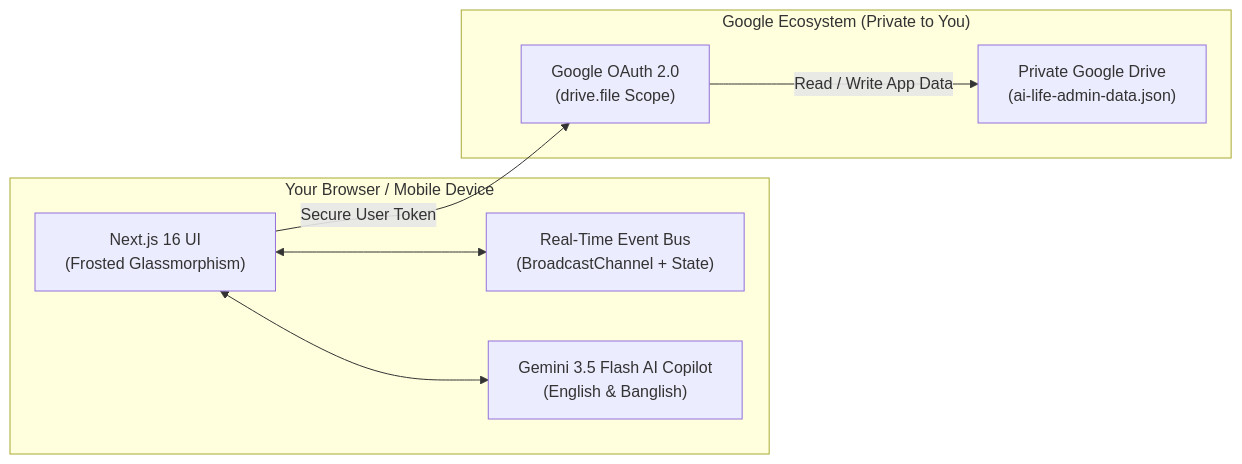
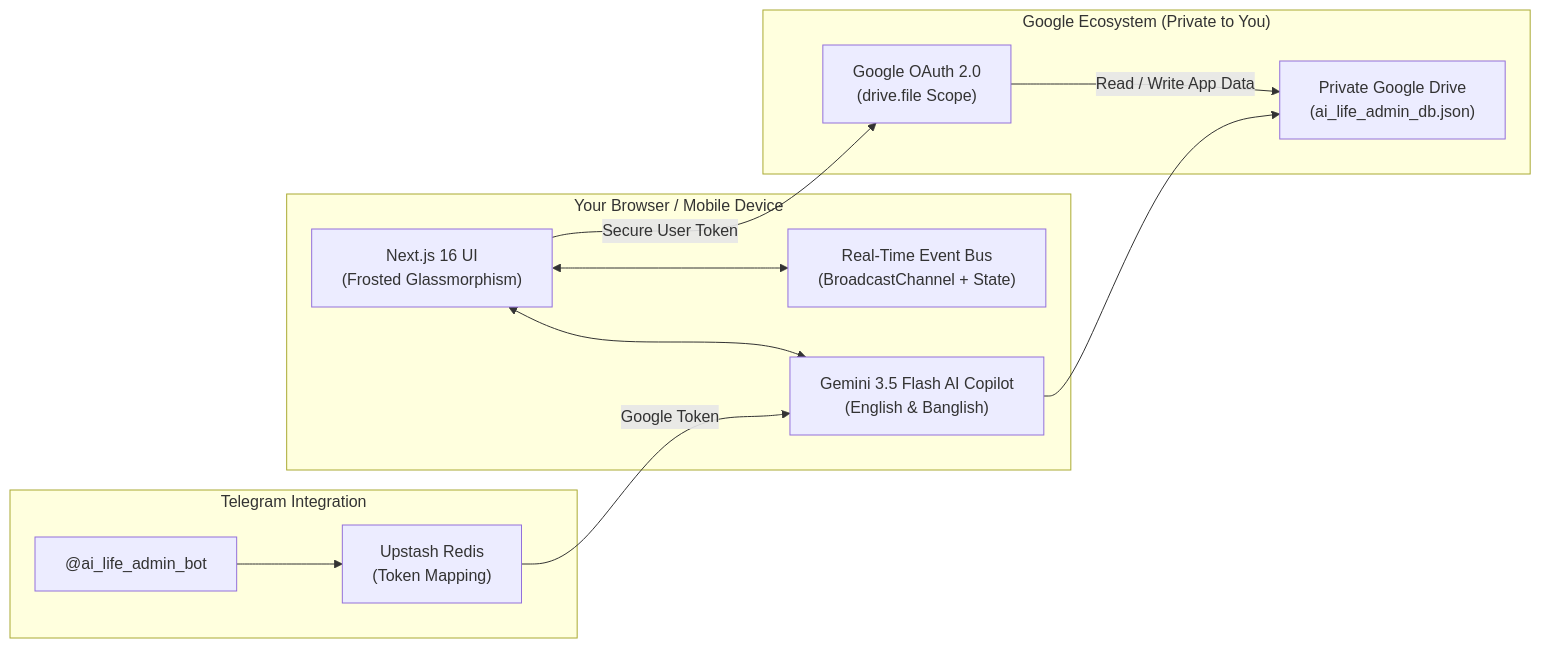
The second of 2 diagrams in README.md (Dibbodas1/ai-life-admin-project), drawn with Mermaid before and after one commit. The commit also changed other lines of this file and 1 other file, not shown here.

````diff
--- a/README.md
+++ b/README.md
@@ -117,18 +215,26 @@
 ```mermaid
 flowchart LR
     subgraph Client["Your Browser / Mobile Device"]
         UI["Next.js 16 UI\n(Frosted Glassmorphism)"]
         Bus["Real-Time Event Bus\n(BroadcastChannel + State)"]
         Agent["Gemini 3.5 Flash AI Copilot\n(English & Banglish)"]
     end
 
+    subgraph Telegram["Telegram Integration"]
+        Bot["@ai_life_admin_bot"]
+        Redis["Upstash Redis\n(Token Mapping)"]
+    end
+
     subgraph GoogleCloud["Google Ecosystem (Private to You)"]
         OAuth["Google OAuth 2.0\n(drive.file Scope)"]
-        Drive["Private Google Drive\n(ai-life-admin-data.json)"]
+        Drive["Private Google Drive\n(ai_life_admin_db.json)"]
     end
 
     UI <--> Bus
     UI <--> Agent
     UI -- "Secure User Token" --> OAuth
     OAuth -- "Read / Write App Data" --> Drive
+    Bot --> Redis
+    Redis -- "Google Token" --> Agent
+    Agent --> Drive
 ```
````
